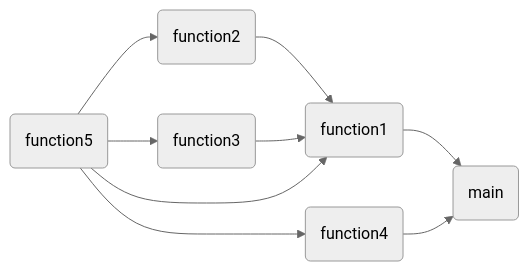
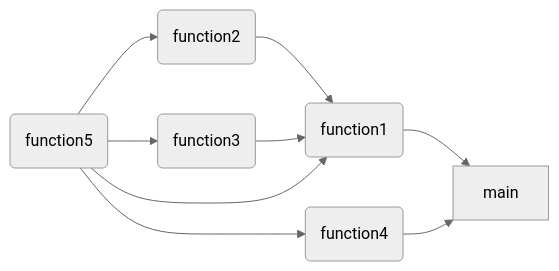
One commit to SchardtS/ProjectTemplate changed the diagram in README.md. Above: the diagram before and after it, drawn with Mermaid (neutral theme).

````diff
--- a/README.md
+++ b/README.md
@@ -48,11 +48,11 @@
 ```mermaid
     graph LR
-        B(function1) --> A(main)
+        B(function1) --> A[main]
         C(function2) --> B
         D(function3) --> B
         E(function4) --> A
         F(function5) --> B
         F --> C
         F --> D
         F --> E
 ```
````
